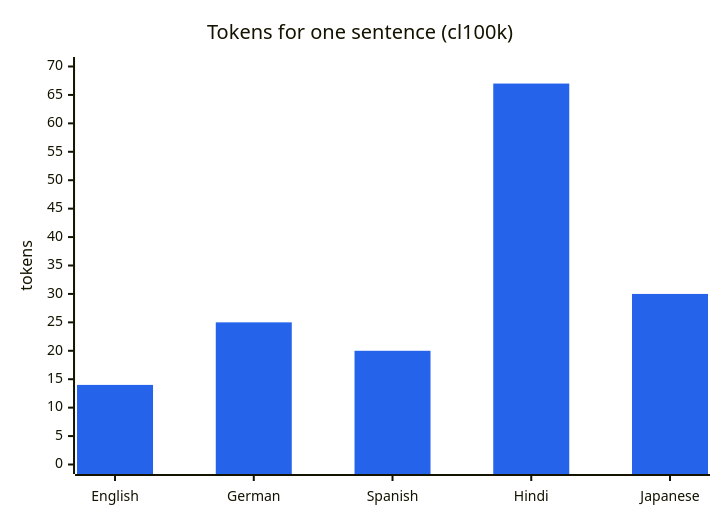
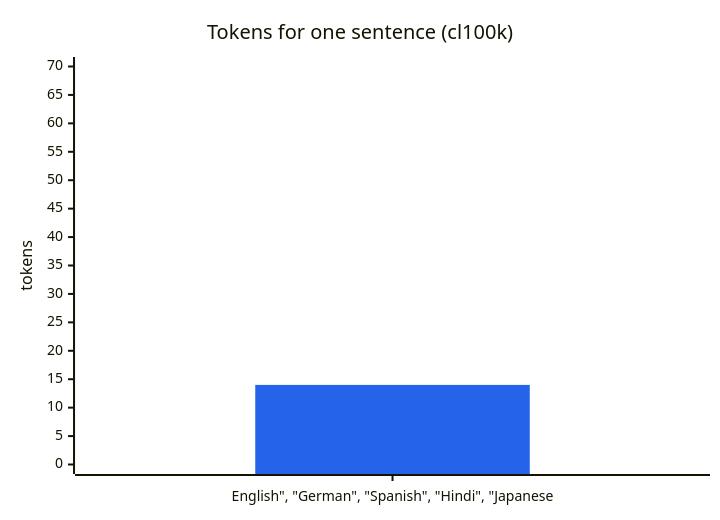
One commit to ajay-nikumbh/RAG changed diagram 20 of 37 in 01. NLP Basics for RAG/02. Tokens and Tokenization/notes/02. Tokens and Tokenization.md. Above: the diagram before and after it, drawn with Mermaid. The commit also changed other lines of this file and 5 other files, not shown here.

````diff
--- a/01. NLP Basics for RAG/02. Tokens and Tokenization/notes/02. Tokens and Tokenization.md
+++ b/01. NLP Basics for RAG/02. Tokens and Tokenization/notes/02. Tokens and Tokenization.md
@@ -1777,8 +1775,8 @@
 ```mermaid
 %%{init: {'theme':'base','themeVariables':{'primaryColor':'#EEF2FF','primaryBorderColor':'#6366F1','primaryTextColor':'#1E1B4B','lineColor':'#6366F1','pie1':'#22C55E','pie2':'#F59E0B','pie3':'#EF4444','pie4':'#3B82F6','pie5':'#8B5CF6','xyChart':{'plotColorPalette':'#2563EB, #16A34A, #D97706, #DC2626, #7C3AED'}}}}%%
 xychart-beta
     title "Tokens for one sentence (cl100k)"
-    x-axis ["English", "German", "Spanish", "Hindi", "Japanese"]
+    x-axis ["English#quot;, #quot;German#quot;, #quot;Spanish#quot;, #quot;Hindi#quot;, #quot;Japanese"]
     y-axis "tokens" 0 --> 70
     bar [14, 25, 20, 67, 30]
 ```
````
